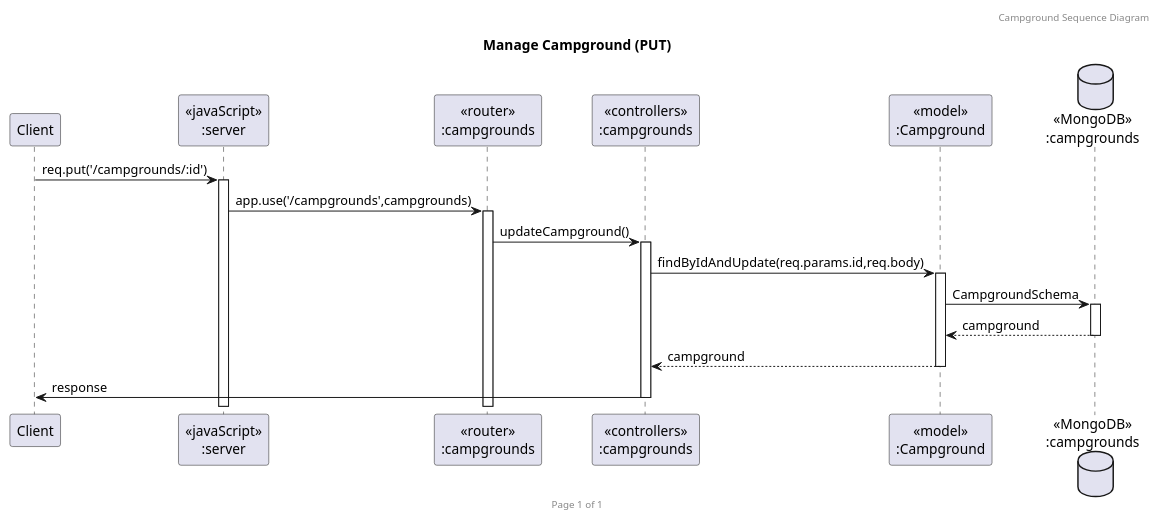
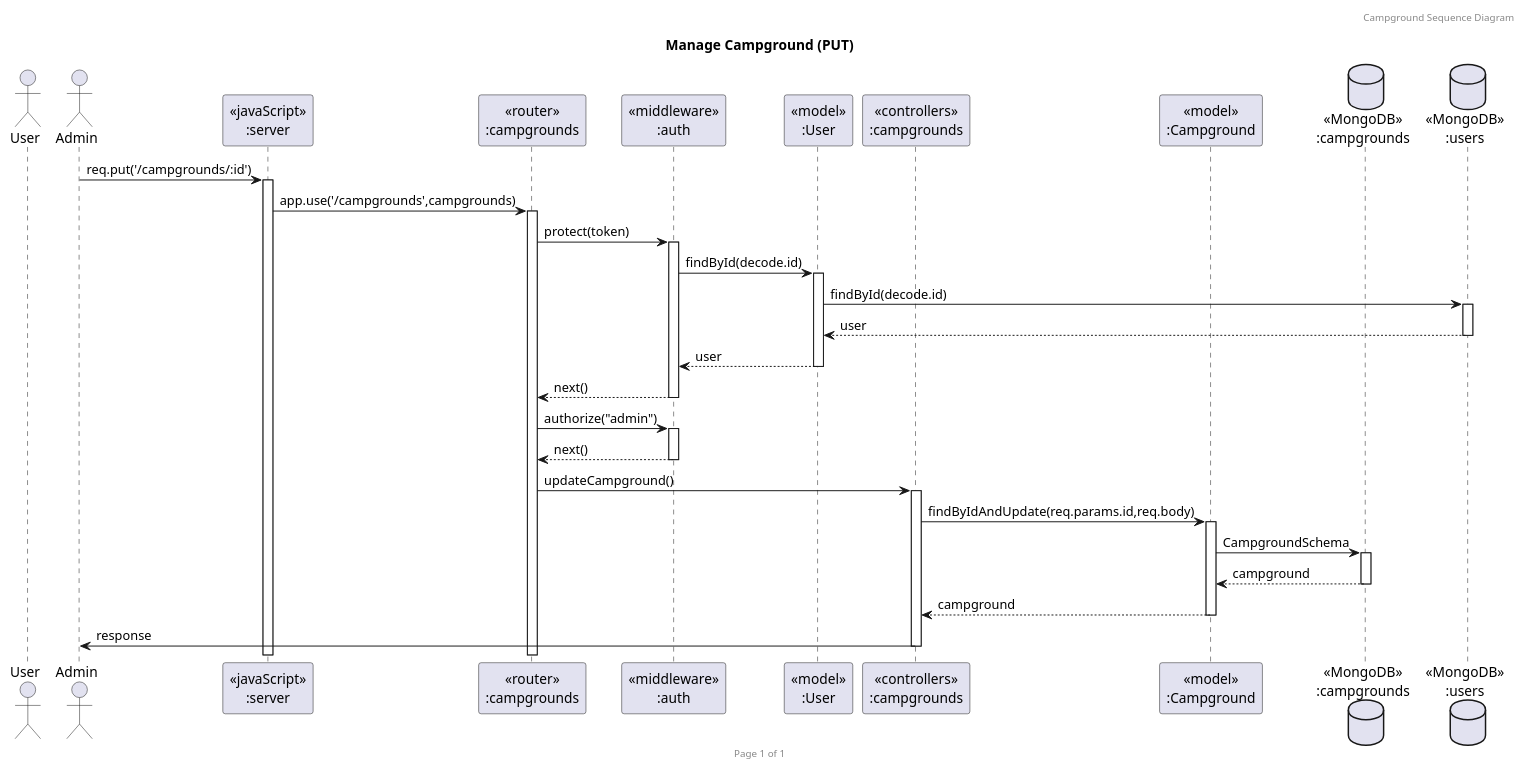
Before and after one commit to FaiiFaiipuipui/CEDT_Y1T2_backend-campgroundbooking: the diagram in diagram/Sequence diagram/Campground/Campground_PUT.puml, drawn with PlantUML. The commit also changed 4 other files, not shown here.

Commit message:
Update Campground Sequence Diagram

```diff
--- a/diagram/Sequence diagram/Campground/Campground_PUT.puml
+++ b/diagram/Sequence diagram/Campground/Campground_PUT.puml
@@ -1,23 +1,35 @@
 @startuml Manage Campground (PUT)
 
 header Campground Sequence Diagram
 footer Page %page% of %lastpage%
 title "Manage Campground (PUT)"
 
-participant "Client" as client
+actor "User" as user
+actor "Admin" as admin
 participant "<<javaScript>>\n:server" as server
 participant "<<router>>\n:campgrounds" as routerCampgrounds
+participant "<<middleware>>\n:auth" as middlewareAuth
+participant "<<model>>\n:User" as modelUser
 participant "<<controllers>>\n:campgrounds" as controllersCampgrounds
 participant "<<model>>\n:Campground" as modelCampground
 database "<<MongoDB>>\n:campgrounds" as CampgroundsDatabase
+database "<<MongoDB>>\n:users" as UsersDatabase
 
-client->server ++:req.put('/campgrounds/:id')
+admin->server ++:req.put('/campgrounds/:id')
 server->routerCampgrounds ++:app.use('/campgrounds',campgrounds)
+routerCampgrounds -> middlewareAuth ++:protect(token)
+middlewareAuth -> modelUser ++:findById(decode.id)
+modelUser -> UsersDatabase ++:findById(decode.id)
+UsersDatabase --> modelUser --:user
+modelUser --> middlewareAuth --:user
+middlewareAuth --> routerCampgrounds --:next()
+routerCampgrounds -> middlewareAuth ++:authorize("admin")
+middlewareAuth --> routerCampgrounds --:next()
 routerCampgrounds -> controllersCampgrounds ++:updateCampground()
 controllersCampgrounds->modelCampground ++:findByIdAndUpdate(req.params.id,req.body)
 modelCampground ->CampgroundsDatabase ++:CampgroundSchema
 CampgroundsDatabase --> modelCampground --:campground
 controllersCampgrounds <-- modelCampground --:campground
-controllersCampgrounds->client --:response
+controllersCampgrounds->admin --:response
 
 @enduml
```
